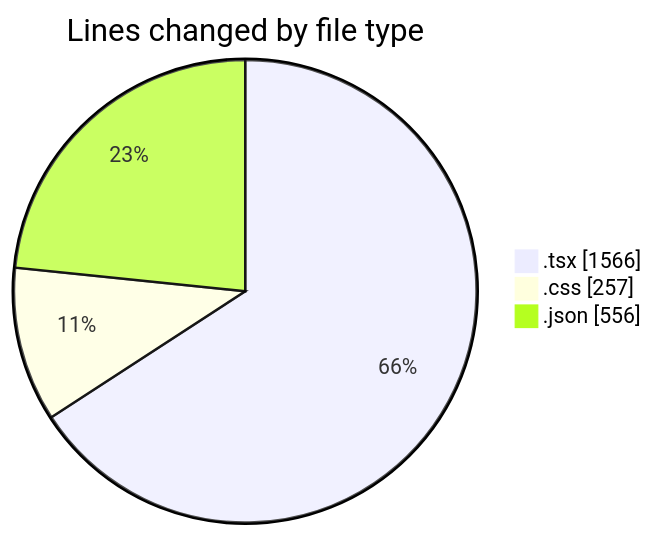
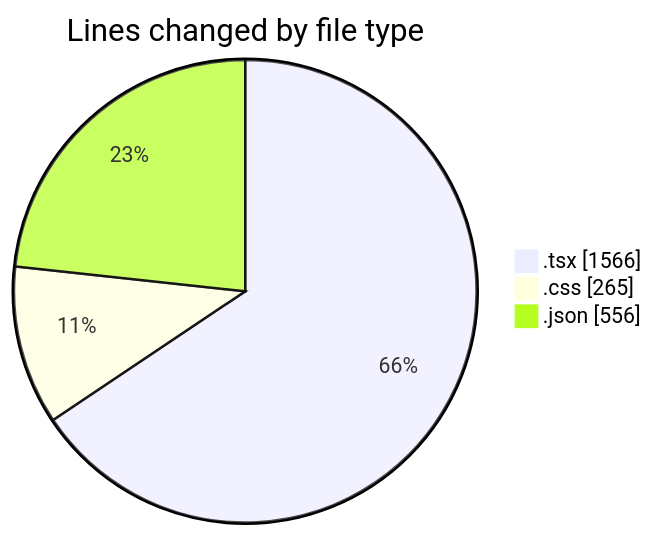
The first of 2 diagrams in 2025-08-04/tw-server/README.md (EIIisD/code-tracking), drawn with Mermaid before and after one commit. The commit also changed other lines of this file and 1 other file, not shown here.

````diff
--- a/2025-08-04/tw-server/README.md
+++ b/2025-08-04/tw-server/README.md
@@ -28,7 +28,7 @@
 ```mermaid
 pie showData
 title Lines changed by file type
 ".tsx" : 1566
-".css" : 257
+".css" : 265
 ".json" : 556
 ```
````
